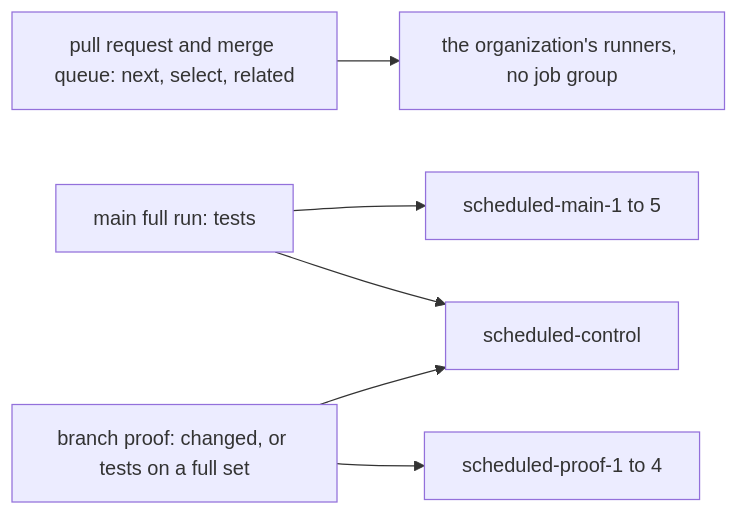
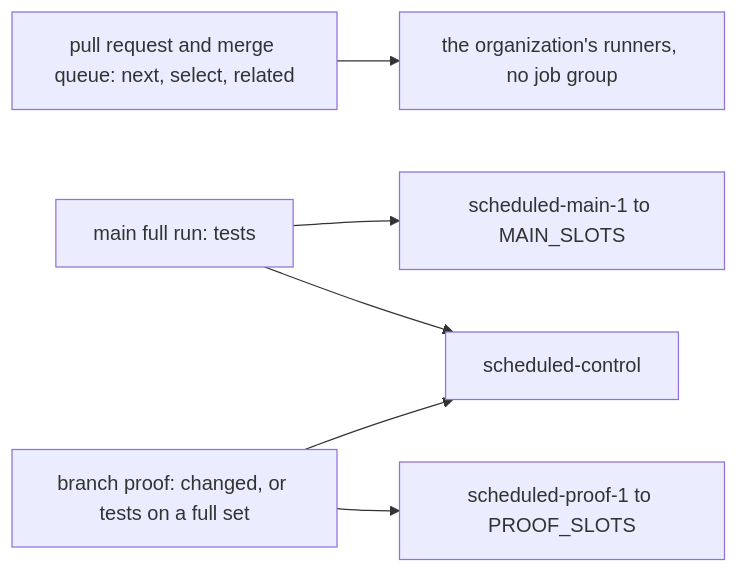
The second of 2 diagrams in .decisions/0598-merge-line-leaves-scheduled-groups.md (kamp-us/tea-fabrika), drawn with Mermaid before and after one commit. The commit also changed other lines of this file and 14 other files, not shown here.

````diff
--- a/.decisions/0598-merge-line-leaves-scheduled-groups.md
+++ b/.decisions/0598-merge-line-leaves-scheduled-groups.md
@@ -22,8 +22,8 @@
 ```mermaid
 flowchart LR
   pr["pull request and merge queue: next, select, related"] --> org["the organization's runners, no job group"]
-  main["main full run: tests"] --> mainpool["scheduled-main-1 to 5"]
-  proof["branch proof: changed, or tests on a full set"] --> proofpool["scheduled-proof-1 to 4"]
+  main["main full run: tests"] --> mainpool["scheduled-main-1 to MAIN_SLOTS"]
+  proof["branch proof: changed, or tests on a full set"] --> proofpool["scheduled-proof-1 to PROOF_SLOTS"]
   main --> control["scheduled-control"]
   proof --> control
 ```
````
